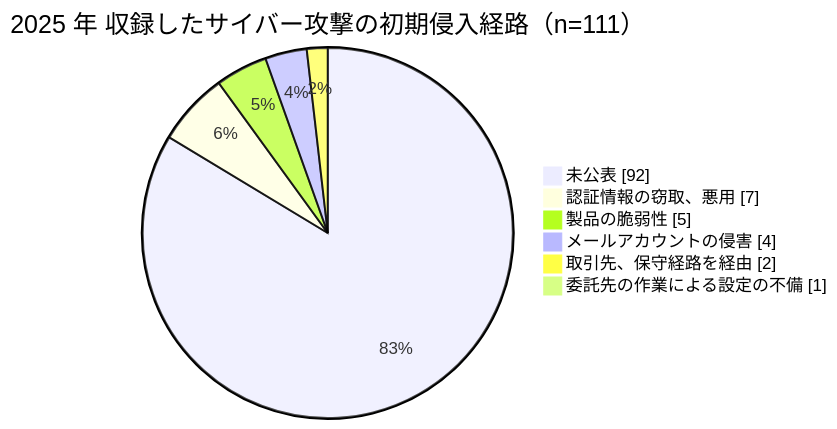
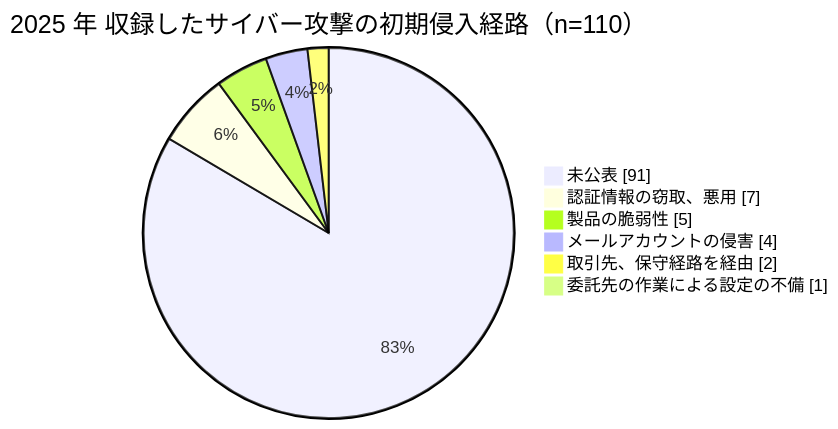
Before and after one commit to scgajge12/awesome-healthcare-security: the second of 21 diagrams in docs/threats/incidents/years/2025-summary.md, drawn with Mermaid. The commit also changed other lines of this file and 14 other files, not shown here.

````diff
--- a/docs/threats/incidents/years/2025-summary.md
+++ b/docs/threats/incidents/years/2025-summary.md
@@ -102,10 +102,10 @@
 ```mermaid
 pie showData
-    title 2025 年 収録したサイバー攻撃の初期侵入経路（n=111）
-    "未公表" : 92
+    title 2025 年 収録したサイバー攻撃の初期侵入経路（n=110）
+    "未公表" : 91
     "認証情報の窃取、悪用" : 7
     "製品の脆弱性" : 5
     "メールアカウントの侵害" : 4
     "取引先、保守経路を経由" : 2
     "委託先の作業による設定の不備" : 1
 ```
````
